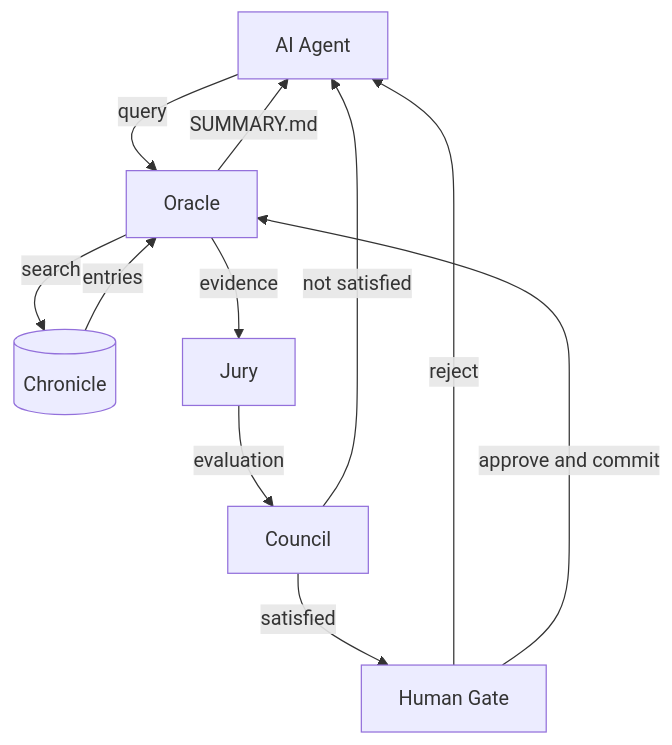
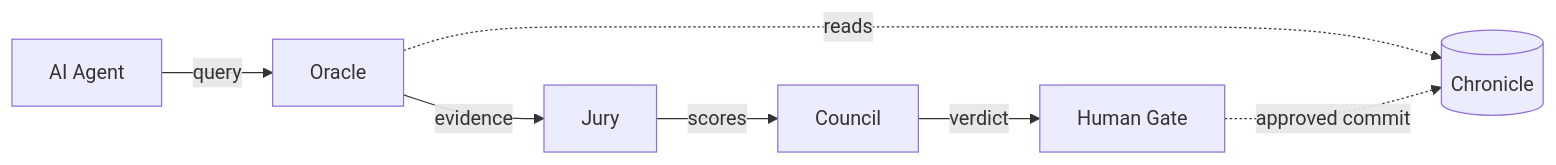
Before and after one commit to balpal4495/Quorum: the first of 2 diagrams in README.md, drawn with Mermaid.

Commit message:
fix: rewrite flowchart as a DAG to fix layout engine failure
The previous flowchart had multiple back-edges (Council->Agent,
Gate->Agent, Gate->Oracle) causing Mermaid's dagre layout engine to
error with 'Could not find a suitable point for the given distance'.

Replace with a true left-to-right DAG: forward pipeline only, dotted
lines for Chronicle read/write connections. Feedback loops are already
covered by the sequence diagram below it.

````diff
--- a/README.md
+++ b/README.md
@@ -31,13 +31,9 @@
 ```mermaid
-flowchart TD
+flowchart LR
     Agent[AI Agent] -->|query| Oracle
-    Oracle -->|search| Chronicle[(Chronicle)]
-    Chronicle -->|entries| Oracle
     Oracle -->|evidence| Jury
-    Jury -->|evaluation| Council
-    Council -->|not satisfied| Agent
-    Council -->|satisfied| Gate[Human Gate]
-    Gate -->|reject| Agent
-    Gate -->|approve and commit| Oracle
-    Oracle -->|SUMMARY.md| Agent
+    Jury -->|scores| Council
+    Council -->|verdict| Gate[Human Gate]
+    Oracle -. reads .-> Chronicle[(Chronicle)]
+    Gate -. approved commit .-> Chronicle
 ```
````
